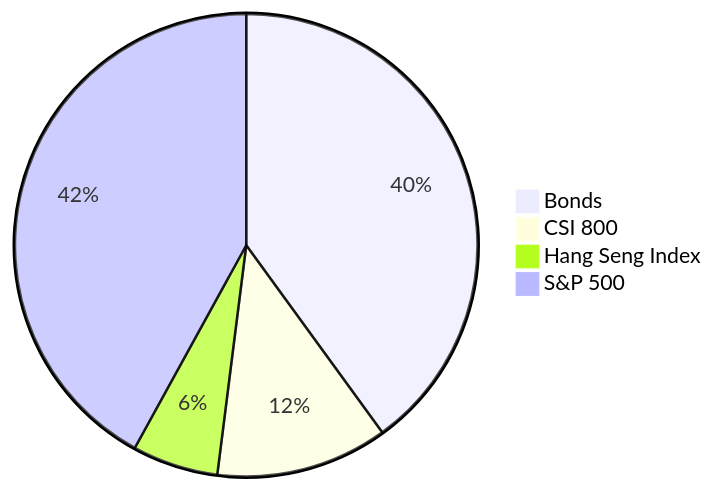
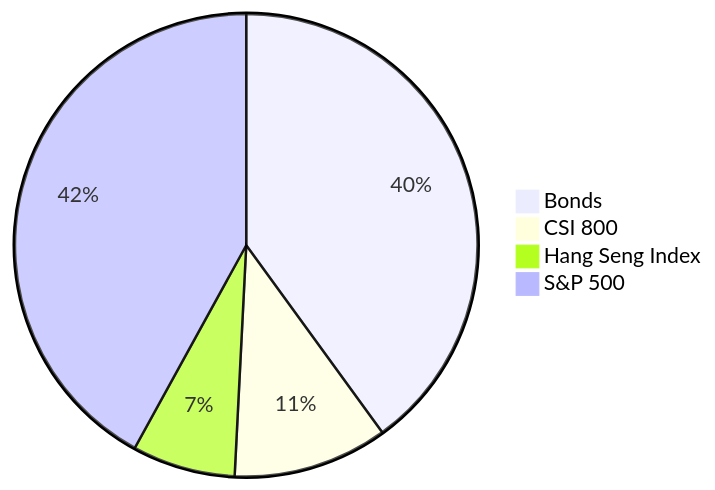
One commit to low-earth-orbit/notes changed the third of 5 diagrams in chinese-couch-potato.md. Above: the diagram before and after it, drawn with Mermaid. The commit also changed other lines of this file, not shown here.

````diff
--- a/chinese-couch-potato.md
+++ b/chinese-couch-potato.md
@@ -151,7 +151,7 @@
 ```mermaid
 pie
 "Bonds" : 40
-"CSI 800" : 12
-"Hang Seng Index" : 6
+"CSI 800" : 10.8
+"Hang Seng Index" : 7.2
 "S&P 500" : 42
 ```
````
